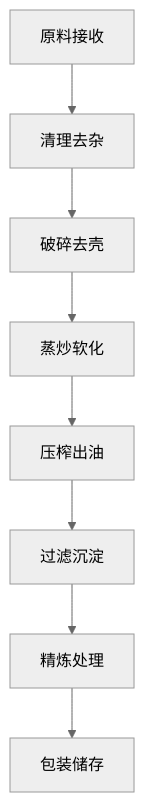
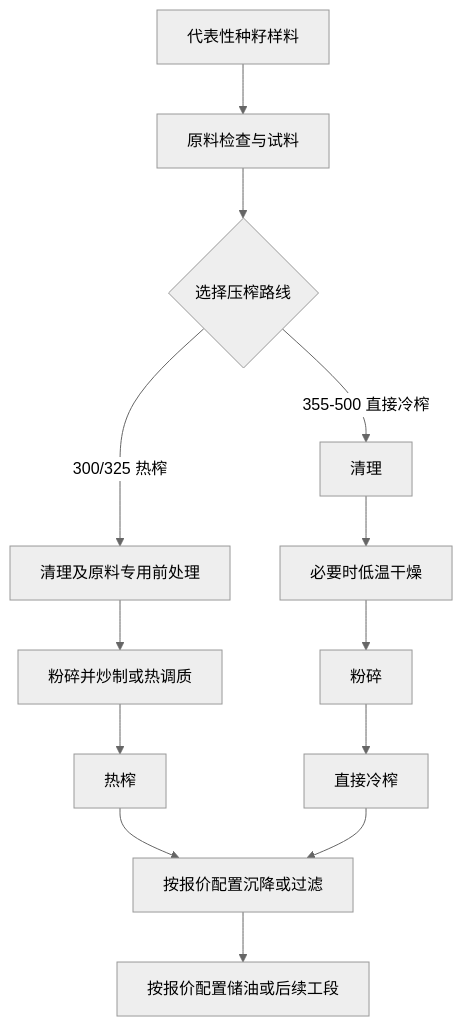
The diagram in docs/zh/solutions/seed-oils.md (roryshanshan/oilpress-website), drawn with Mermaid (neutral theme) before and after one commit. The commit also changed other lines of this file and 1420 other files, not shown here.

````diff
--- a/docs/zh/solutions/seed-oils.md
+++ b/docs/zh/solutions/seed-oils.md
@@ -102,10 +32,15 @@
 ```mermaid
-graph TD
-    A[原料接收] --> B[清理去杂]
-    B --> C[破碎去壳]
-    C --> D[蒸炒软化]
-    D --> E[压榨出油]
-    E --> F[过滤沉淀]
-    F --> G[精炼处理]
-    G --> H[包装储存]
+flowchart TD
+    A[代表性种籽样料] --> B[原料检查与试料]
+    B --> C{选择压榨路线}
+    C -->|300/325 热榨| D[清理及原料专用前处理]
+    D --> E[粉碎并炒制或热调质]
+    E --> F[热榨]
+    C -->|355-500 直接冷榨| G[清理]
+    G --> H[必要时低温干燥]
+    H --> I[粉碎]
+    I --> J[直接冷榨]
+    F --> K[按报价配置沉降或过滤]
+    J --> K
+    K --> L[按报价配置储油或后续工段]
 ```
````
